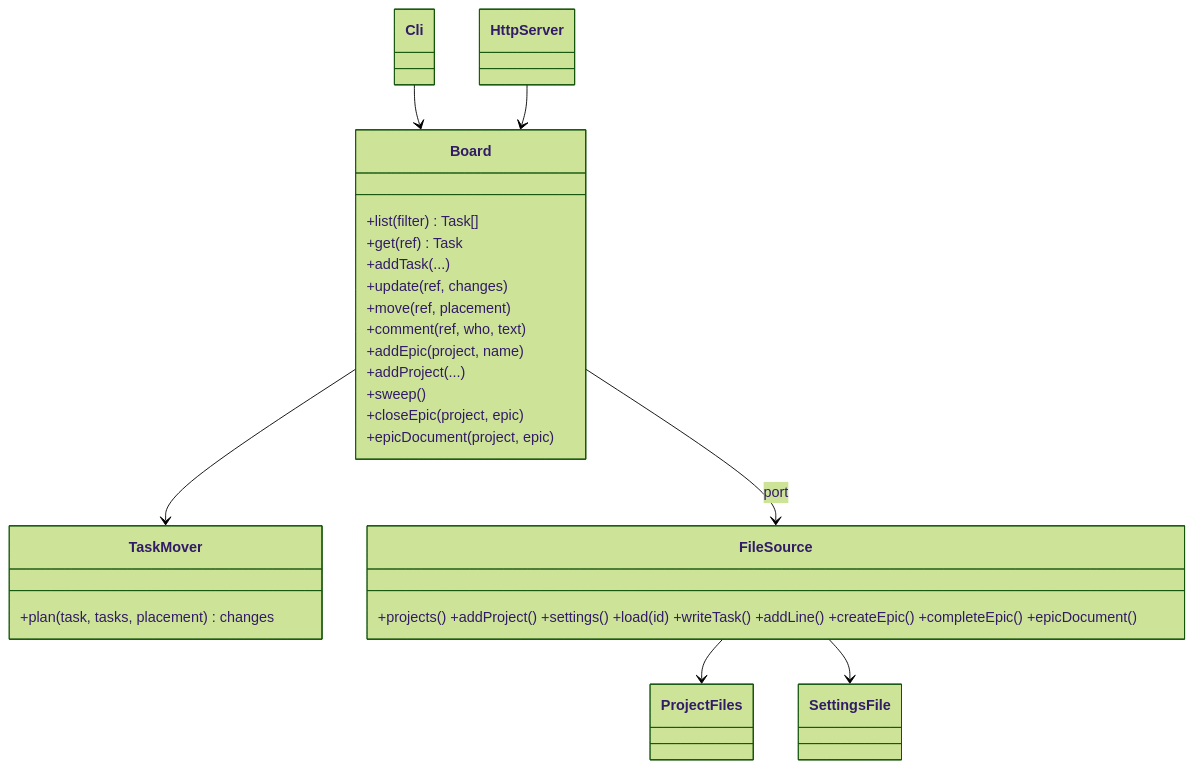
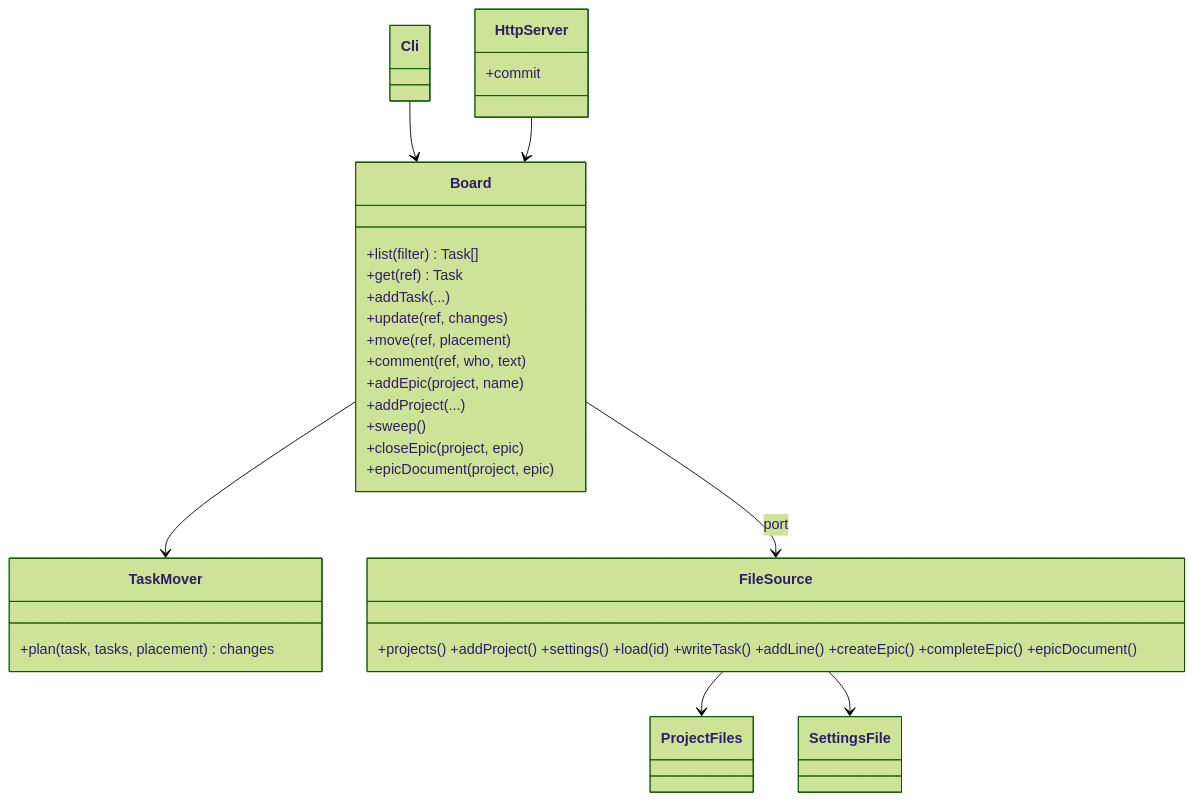
The diagram in Docs/Architecture.md (TabuNuf/doit), drawn with Mermaid (forest theme) before and after one commit. The commit also changed other lines of this file and 10 other files, not shown here.

````diff
--- a/Docs/Architecture.md
+++ b/Docs/Architecture.md
@@ -37,28 +38,28 @@
 ```mermaid
 classDiagram
   class Board {
     +list(filter) Task[]
     +get(ref) Task
     +addTask(...)
     +update(ref, changes)
     +move(ref, placement)
     +comment(ref, who, text)
     +addEpic(project, name)
     +addProject(...)
     +sweep()
     +closeEpic(project, epic)
     +epicDocument(project, epic)
   }
   class TaskMover { +plan(task, tasks, placement) changes }
   class FileSource { +projects() +addProject() +settings() +load(id) +writeTask() +addLine() +createEpic() +completeEpic() +epicDocument() }
   class ProjectFiles
   class SettingsFile
   class Cli
-  class HttpServer
+  class HttpServer { +commit }
   Board --> TaskMover
   Board --> FileSource : port
   FileSource --> ProjectFiles
   FileSource --> SettingsFile
   Cli --> Board
   HttpServer --> Board
 ```
````
